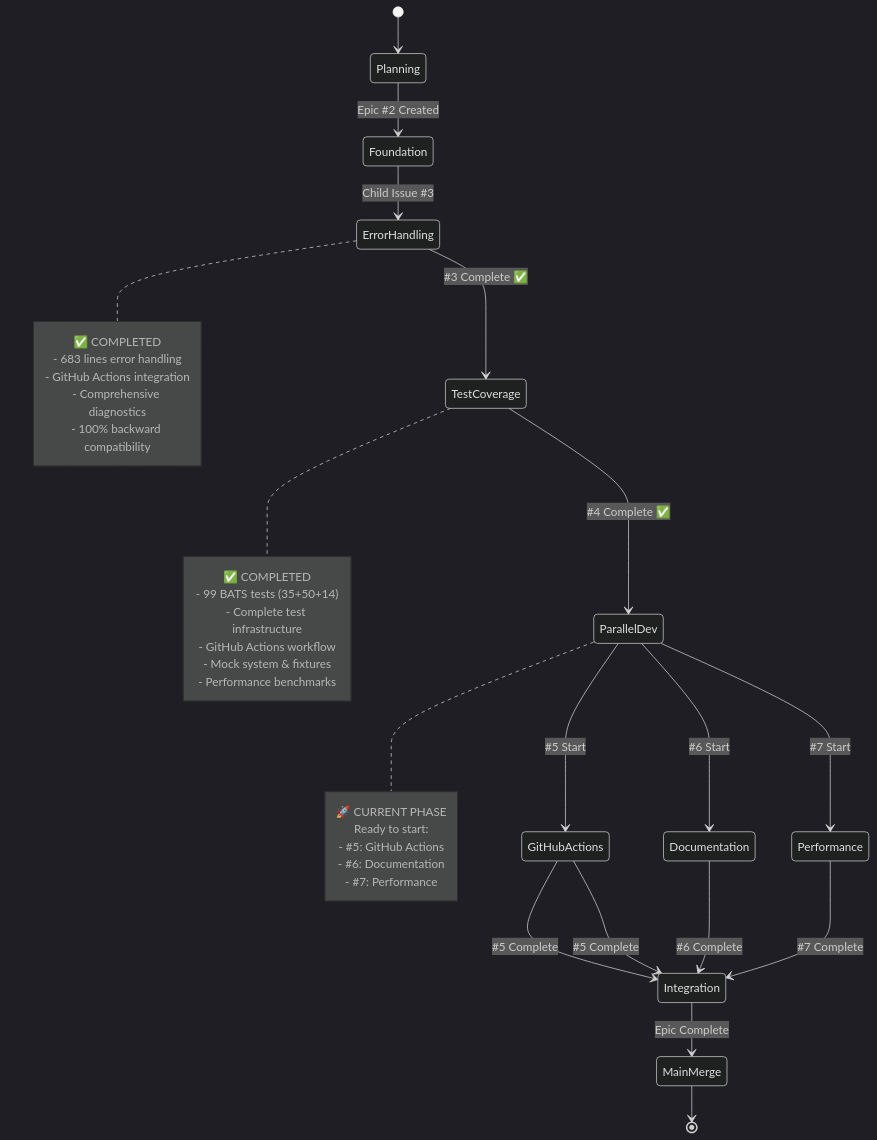
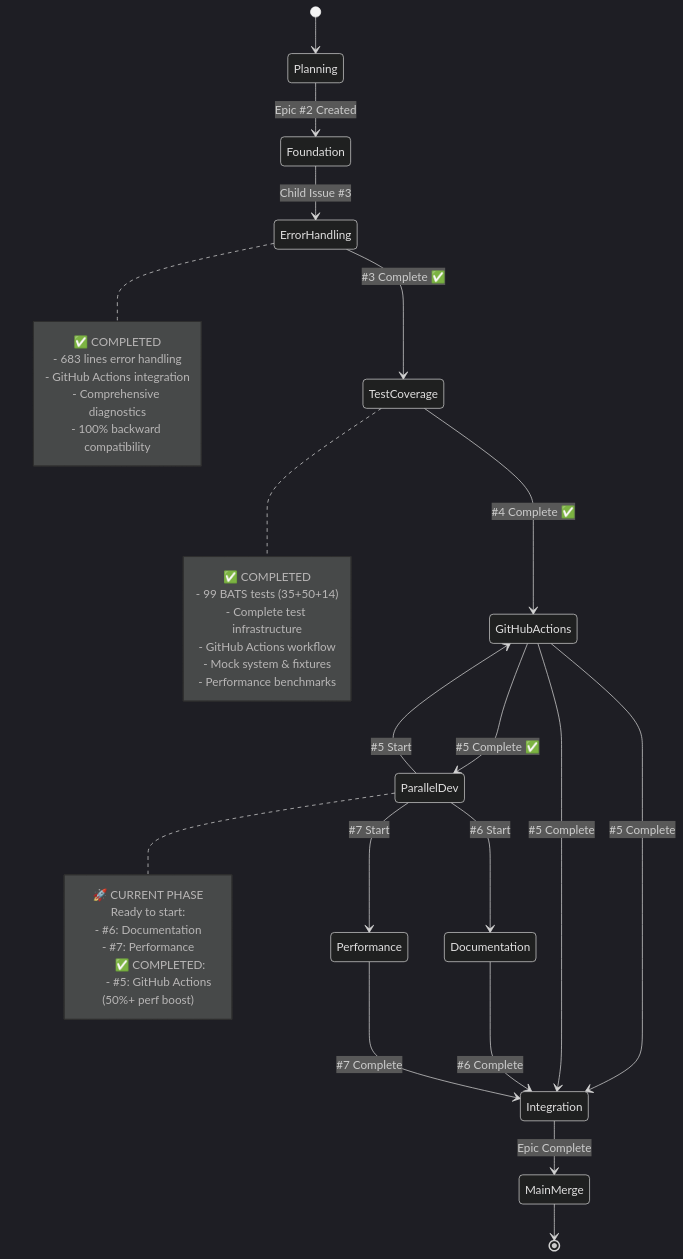
One commit to info-tech-io/hugo-templates changed the third of 5 diagrams in docs/epic-progress-visual.md. Above: the diagram before and after it, drawn with Mermaid (dark theme). The commit also changed other lines of this file, not shown here.

First line of the commit message:
Update Epic Progress: Child Issue #5 GitHub Actions Optimization Completed

````diff
--- a/docs/epic-progress-visual.md
+++ b/docs/epic-progress-visual.md
@@ -91,42 +91,45 @@
 ```mermaid
 stateDiagram-v2
     [*] --> Planning
     Planning --> Foundation: Epic #2 Created
     Foundation --> ErrorHandling: Child Issue #3
     ErrorHandling --> TestCoverage: #3 Complete ✅
-    TestCoverage --> ParallelDev: #4 Complete ✅
+    TestCoverage --> GitHubActions: #4 Complete ✅
+    GitHubActions --> ParallelDev: #5 Complete ✅
     ParallelDev --> GitHubActions: #5 Start
     ParallelDev --> Documentation: #6 Start
     ParallelDev --> Performance: #7 Start
     GitHubActions --> Integration: #5 Complete
     GitHubActions --> Integration: #5 Complete
     Documentation --> Integration: #6 Complete
     Performance --> Integration: #7 Complete
     Integration --> MainMerge: Epic Complete
     MainMerge --> [*]
 
     note right of ErrorHandling
         ✅ COMPLETED
         - 683 lines error handling
         - GitHub Actions integration
         - Comprehensive diagnostics
         - 100% backward compatibility
     end note
 
     note right of TestCoverage
         ✅ COMPLETED
         - 99 BATS tests (35+50+14)
         - Complete test infrastructure
         - GitHub Actions workflow
         - Mock system & fixtures
         - Performance benchmarks
     end note
 
     note right of ParallelDev
         🚀 CURRENT PHASE
         Ready to start:
-        - #5: GitHub Actions
         - #6: Documentation
         - #7: Performance
+
+        ✅ COMPLETED:
+        - #5: GitHub Actions (50%+ perf boost)
     end note
 ```
````
